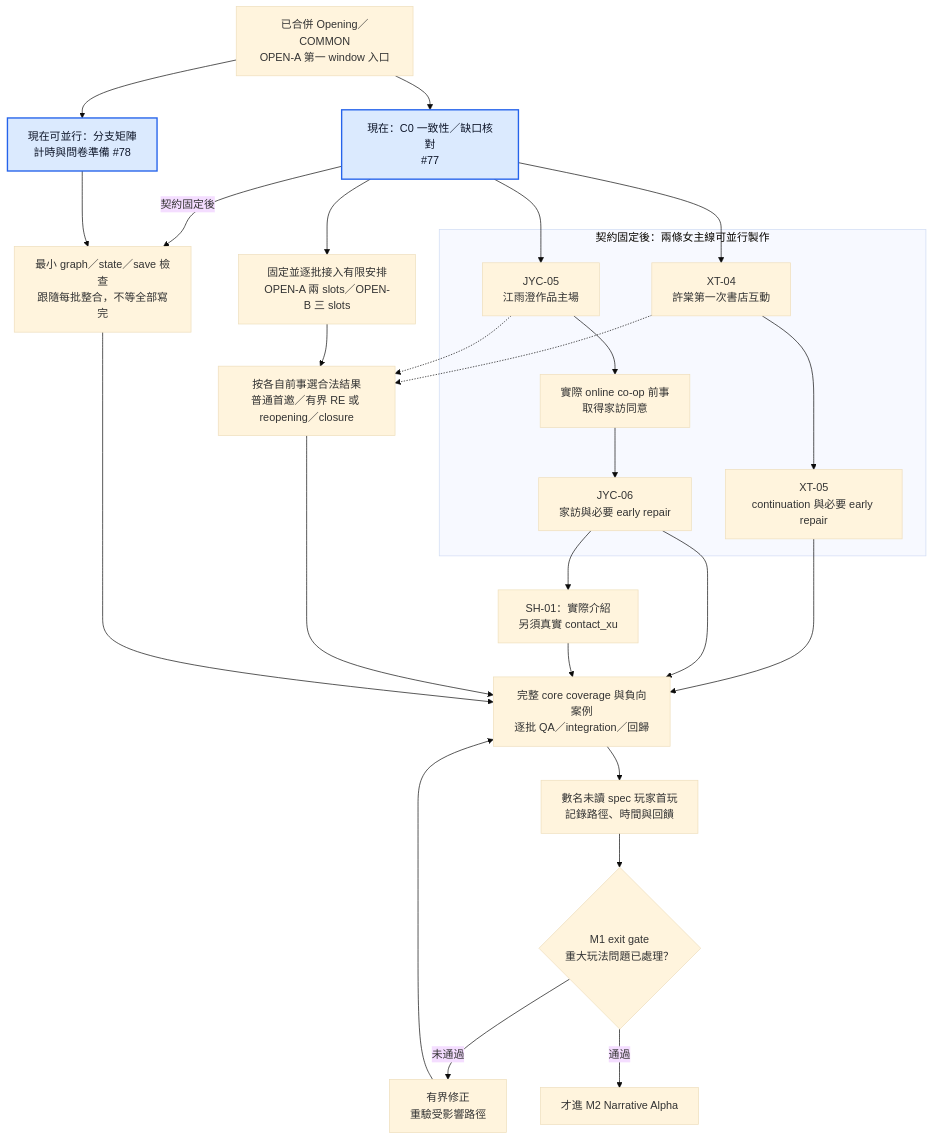
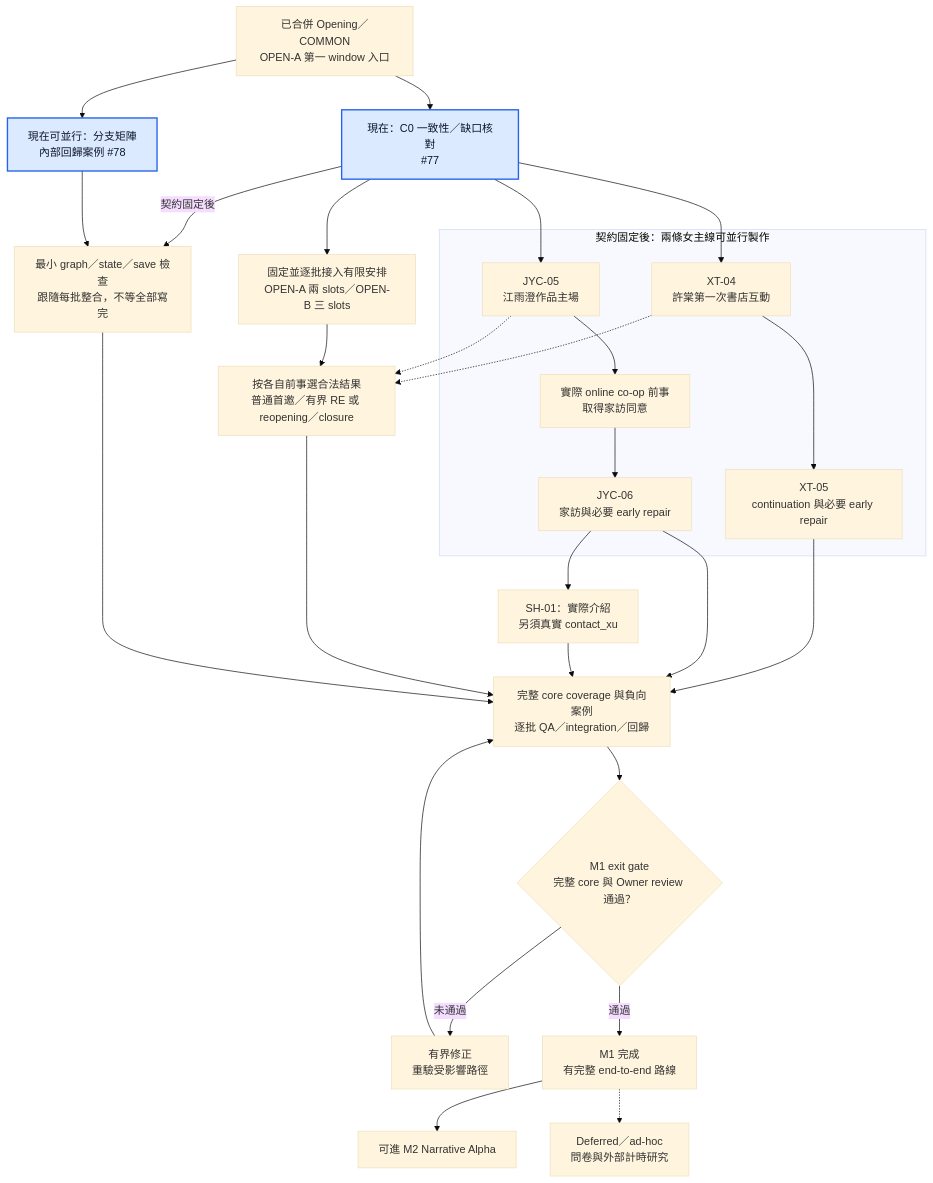
One commit to TsungmingLiu/seventeen-floor-neighbor changed the second of 4 diagrams in ROADMAP.md. Above: the diagram before and after it, drawn with Mermaid (base theme). The commit also changed other lines of this file, not shown here.

Commit message:
docs: make M1 internal end-to-end delivery and defer formal user research

````diff
--- a/ROADMAP.md
+++ b/ROADMAP.md
@@ -470,36 +468,37 @@
 ```mermaid
 flowchart TD
     BASE["已合併 Opening／COMMON<br/>OPEN-A 第一 window 入口"] --> C0["現在：C0 一致性／缺口核對<br/>#77"]
-    BASE --> PREP["現在可並行：分支矩陣<br/>計時與問卷準備 #78"]
+    BASE --> PREP["現在可並行：分支矩陣<br/>內部回歸案例 #78"]
 
     subgraph AUTHOR["契約固定後：兩條女主線可並行製作"]
         X4["XT-04<br/>許棠第一次書店互動"] --> X5["XT-05<br/>continuation 與必要 early repair"]
         J5["JYC-05<br/>江雨澄作品主場"] --> COOP["實際 online co-op 前事<br/>取得家訪同意"]
         COOP --> J6["JYC-06<br/>家訪與必要 early repair"]
     end
 
     C0 --> X4
     C0 --> J5
     C0 --> SLOTS["固定並逐批接入有限安排<br/>OPEN-A 兩 slots／OPEN-B 三 slots"]
     J6 --> SH["SH-01：實際介紹<br/>另須真實 contact_xu"]
     SLOTS --> RETURN["按各自前事選合法結果<br/>普通首邀／有界 RE 或 reopening／closure"]
     X4 -.-> RETURN
     J5 -.-> RETURN
 
     C0 -->|"契約固定後"| CHECKS["最小 graph／state／save 檢查<br/>跟隨每批整合，不等全部寫完"]
     PREP --> CHECKS
     X5 --> INTERNAL["完整 core coverage 與負向案例<br/>逐批 QA／integration／回歸"]
     J6 --> INTERNAL
     SH --> INTERNAL
     RETURN --> INTERNAL
     CHECKS --> INTERNAL
 
-    INTERNAL --> PLAY["數名未讀 spec 玩家首玩<br/>記錄路徑、時間與回饋"]
-    PLAY --> GATE{"M1 exit gate<br/>重大玩法問題已處理？"}
+    INTERNAL --> GATE{"M1 exit gate<br/>完整 core 與 Owner review 通過？"}
     GATE -->|"未通過"| FIX["有界修正<br/>重驗受影響路徑"]
     FIX --> INTERNAL
-    GATE -->|"通過"| NEXT["才進 M2 Narrative Alpha"]
+    GATE -->|"通過"| DONE["M1 完成<br/>有完整 end-to-end 路線"]
+    DONE --> NEXT["可進 M2 Narrative Alpha"]
+    DONE -.-> RESEARCH["Deferred／ad-hoc<br/>問卷與外部計時研究"]
 
     classDef now fill:#dbeafe,stroke:#2563eb,stroke-width:2px,color:#0f172a;
     class C0,PREP now;
 ```
````
